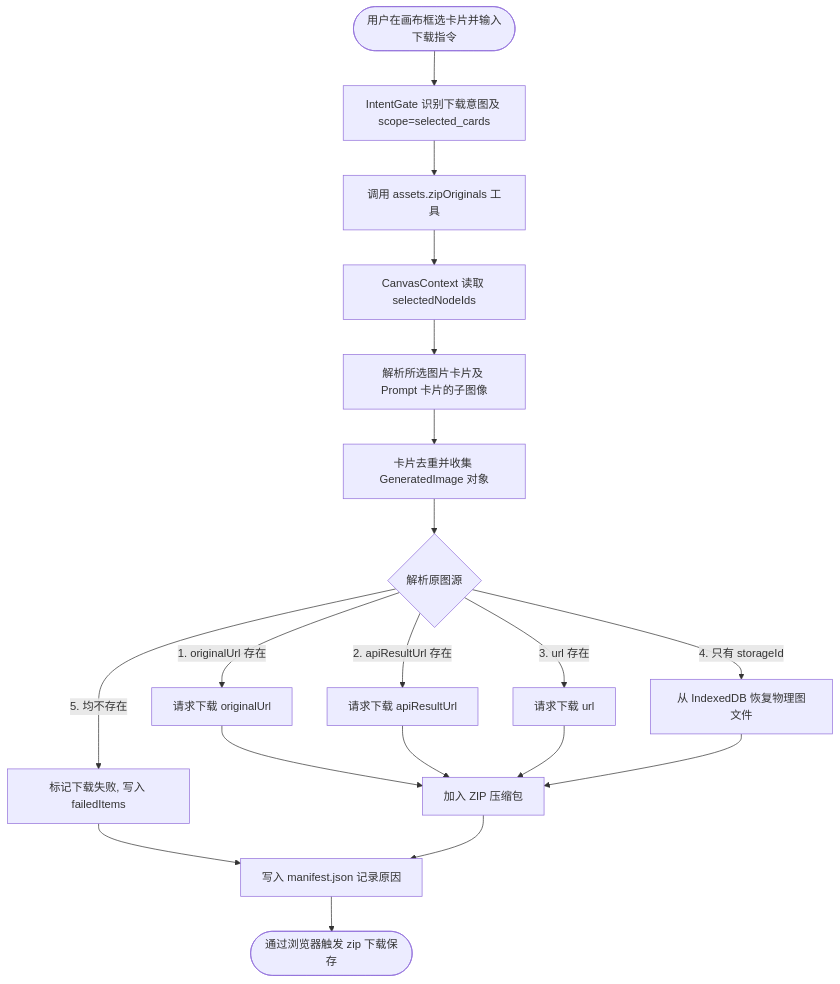
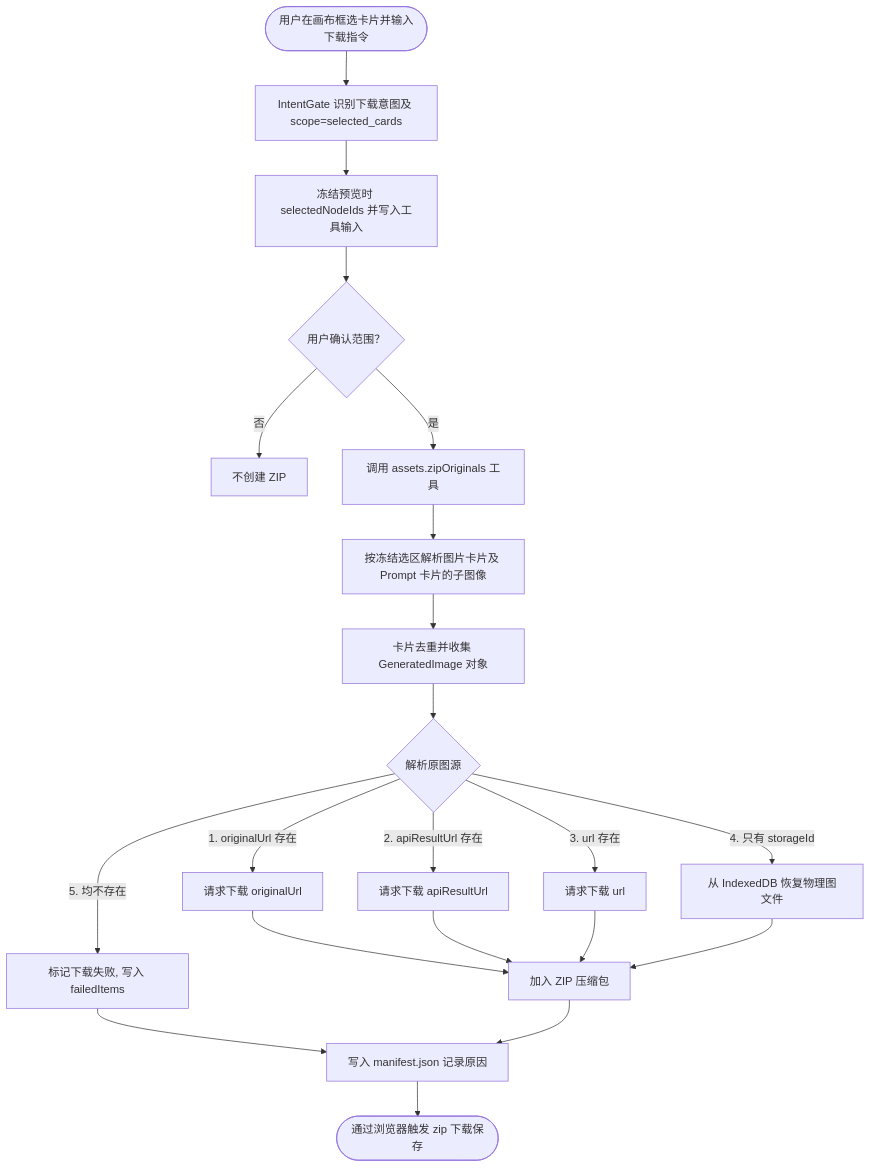
The fifth of 6 diagrams in docs/ai-assistant/flow-map.md (soudbs180-creator/KK-Studio-1.0.0), drawn with Mermaid before and after one commit. The commit also changed other lines of this file and 99 other files, not shown here.

````diff
--- a/docs/ai-assistant/flow-map.md
+++ b/docs/ai-assistant/flow-map.md
@@ -129,21 +135,23 @@
 ```mermaid
 graph TD
     User([用户在画布框选卡片并输入下载指令]) --> IntentGate[IntentGate 识别下载意图及 scope=selected_cards]
-    IntentGate --> ToolCall[调用 assets.zipOriginals 工具]
-    ToolCall --> SelectedNodes[CanvasContext 读取 selectedNodeIds]
-    SelectedNodes --> ParseImages[解析所选图片卡片及 Prompt 卡片的子图像]
+    IntentGate --> FreezeSelection[冻结预览时 selectedNodeIds 并写入工具输入]
+    FreezeSelection --> Confirm{用户确认范围？}
+    Confirm -->|否| Cancel[不创建 ZIP]
+    Confirm -->|是| ToolCall[调用 assets.zipOriginals 工具]
+    ToolCall --> ParseImages[按冻结选区解析图片卡片及 Prompt 卡片的子图像]
     ParseImages --> Deduplicate[卡片去重并收集 GeneratedImage 对象]
     Deduplicate --> ResolveOriginal{解析原图源}
     ResolveOriginal -- 1. originalUrl 存在 --> DownloadOrig[请求下载 originalUrl]
     ResolveOriginal -- 2. apiResultUrl 存在 --> DownloadApi[请求下载 apiResultUrl]
     ResolveOriginal -- 3. url 存在 --> DownloadUrl[请求下载 url]
     ResolveOriginal -- 4. 只有 storageId --> LoadLocal[从 IndexedDB 恢复物理图文件]
     ResolveOriginal -- 5. 均不存在 --> MarkFailed[标记下载失败, 写入 failedItems]
     DownloadOrig --> Zip[加入 ZIP 压缩包]
     DownloadApi --> Zip
     DownloadUrl --> Zip
     LoadLocal --> Zip
     MarkFailed --> Manifest[写入 manifest.json 记录原因]
     Zip --> Manifest
     Manifest --> TriggerSave([通过浏览器触发 zip 下载保存])
 ```
````
